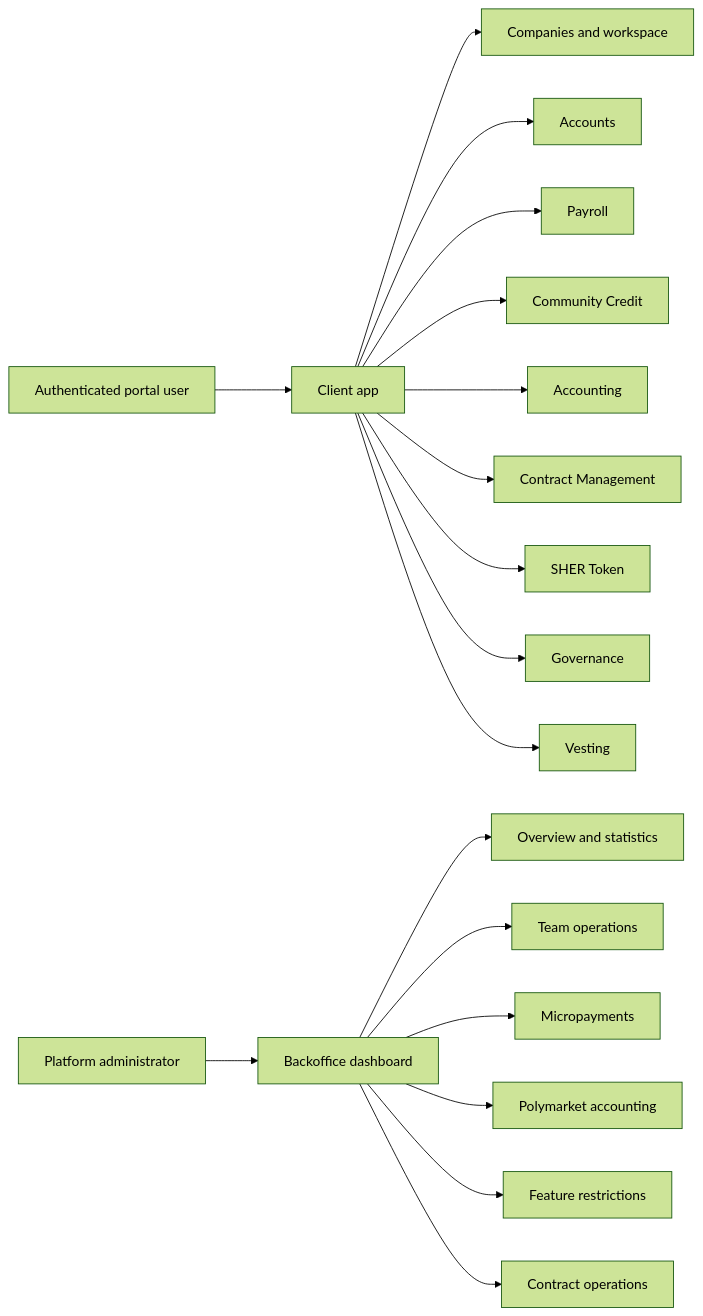
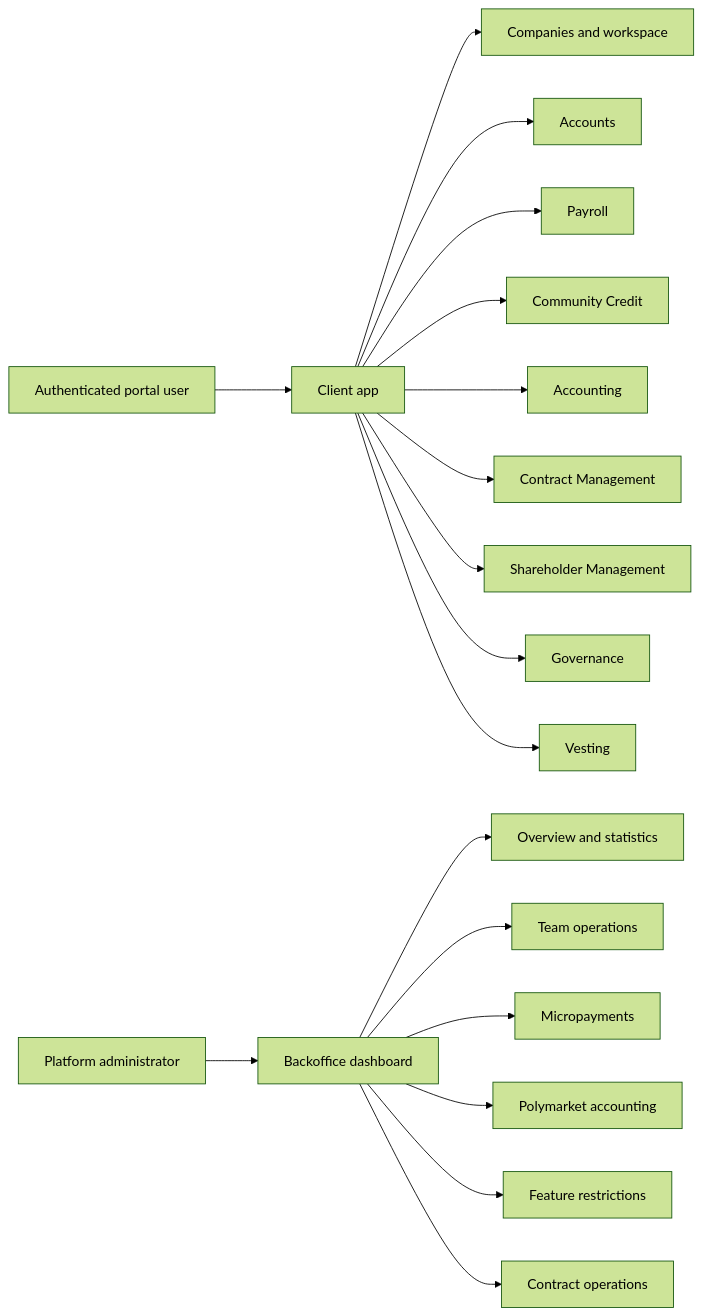
Before and after one commit to globe-and-citizen/cnc-portal: the diagram in docs/features/README.md, drawn with Mermaid (forest theme). The commit also changed other lines of this file and 3 other files, not shown here.

Commit message:
docs: 📝 rename SHER Token feature to shareholder management

````diff
--- a/docs/features/README.md
+++ b/docs/features/README.md
@@ -14,22 +14,22 @@
 ```mermaid
 flowchart LR
   user[Authenticated portal user] --> app[Client app]
   admin[Platform administrator] --> backoffice[Backoffice dashboard]
 
   app --> companies[Companies and workspace]
   app --> accounts[Accounts]
   app --> payroll[Payroll]
   app --> credit[Community Credit]
   app --> accounting[Accounting]
   app --> contracts[Contract Management]
-  app --> sher[SHER Token]
+  app --> shareholderManagement[Shareholder Management]
   app --> governance[Governance]
   app --> vesting[Vesting]
 
   backoffice --> overview[Overview and statistics]
   backoffice --> teams[Team operations]
   backoffice --> fees[Micropayments]
   backoffice --> polymarket[Polymarket accounting]
   backoffice --> restrictions[Feature restrictions]
   backoffice --> contractOps[Contract operations]
 ```
````
